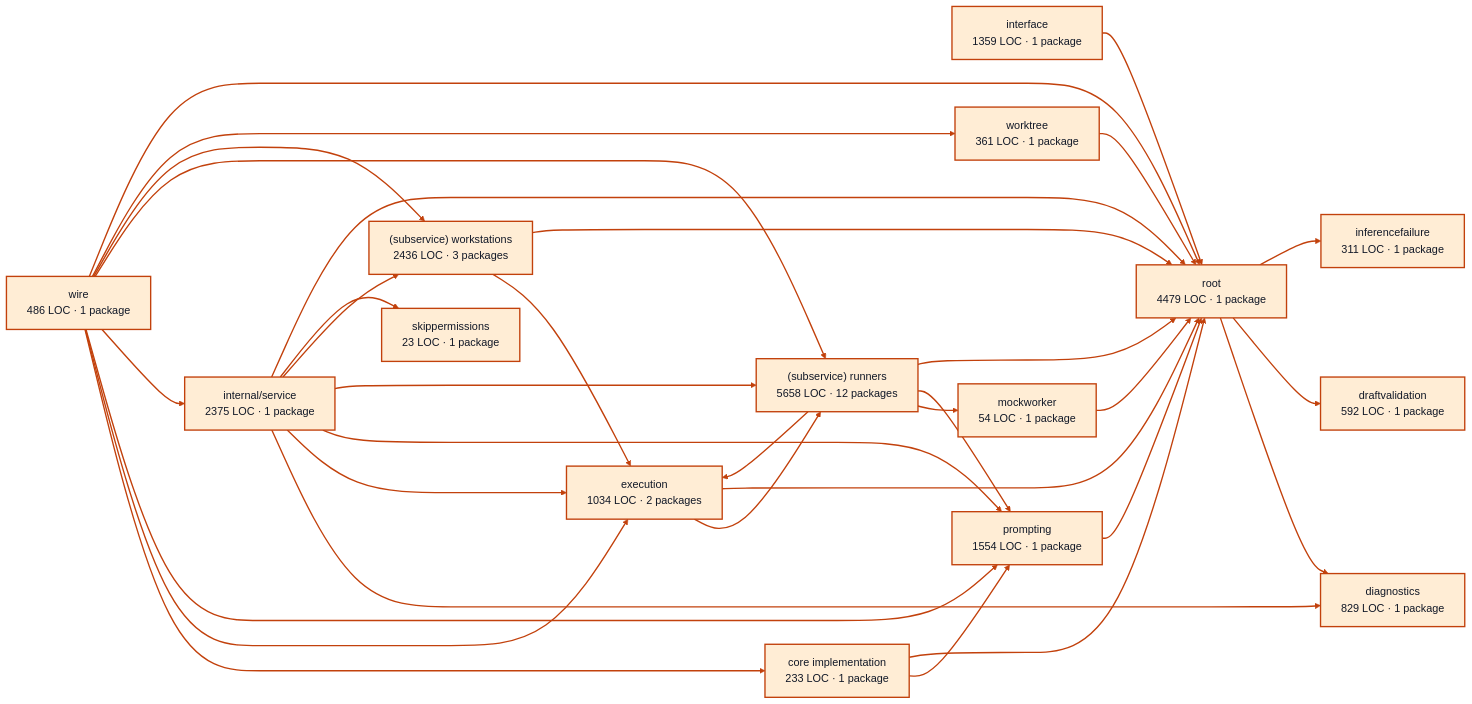
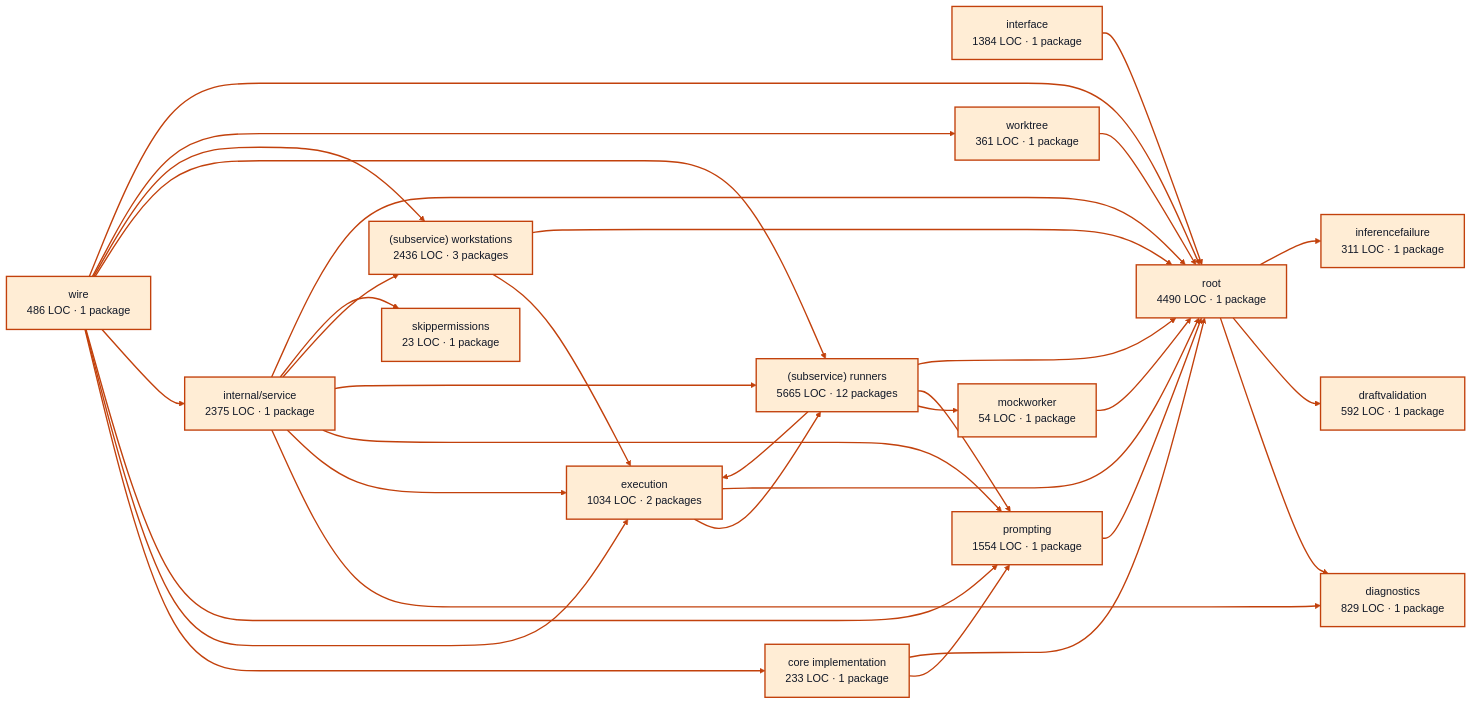
The diagram in docs/architecture/visualizations/services/workers.md (portpowered/you-agent-factory), drawn with Mermaid before and after one commit. The commit also changed other lines of this file and 20 other files, not shown here.

Commit message:
docs: refresh backend architecture visualizations

````diff
--- a/docs/architecture/visualizations/services/workers.md
+++ b/docs/architecture/visualizations/services/workers.md
@@ -11,66 +11,66 @@
 ```mermaid
 flowchart LR
   p0["core implementation<br/>233 LOC · 1 package"]
   p1["diagnostics<br/>829 LOC · 1 package"]
   p2["draftvalidation<br/>592 LOC · 1 package"]
   p3["execution<br/>1034 LOC · 2 packages"]
   p4["inferencefailure<br/>311 LOC · 1 package"]
-  p5["interface<br/>1359 LOC · 1 package"]
+  p5["interface<br/>1384 LOC · 1 package"]
   p6["mockworker<br/>54 LOC · 1 package"]
   p7["prompting<br/>1554 LOC · 1 package"]
   p8["internal/service<br/>2375 LOC · 1 package"]
-  p9["(subservice) runners<br/>5658 LOC · 12 packages"]
+  p9["(subservice) runners<br/>5665 LOC · 12 packages"]
   p10["(subservice) workstations<br/>2436 LOC · 3 packages"]
   p11["skippermissions<br/>23 LOC · 1 package"]
   p12["worktree<br/>361 LOC · 1 package"]
-  p13["root<br/>4479 LOC · 1 package"]
+  p13["root<br/>4490 LOC · 1 package"]
   p14["wire<br/>486 LOC · 1 package"]
   p0 --> p7
   p0 --> p13
   p3 --> p9
   p3 --> p13
   p5 --> p13
   p6 --> p13
   p7 --> p13
   p8 --> p1
   p8 --> p3
   p8 --> p7
   p8 --> p9
   p8 --> p10
   p8 --> p11
   p8 --> p13
   p9 --> p3
   p9 --> p6
   p9 --> p7
   p9 --> p13
   p10 --> p3
   p10 --> p13
   p12 --> p13
   p13 --> p1
   p13 --> p2
   p13 --> p4
   p14 --> p0
   p14 --> p3
   p14 --> p7
   p14 --> p8
   p14 --> p9
   p14 --> p10
   p14 --> p12
   p14 --> p13
   style p0 fill:#ffedd5,stroke:#c2410c,stroke-width:2px,color:#111827
   style p1 fill:#ffedd5,stroke:#c2410c,stroke-width:2px,color:#111827
   style p2 fill:#ffedd5,stroke:#c2410c,stroke-width:2px,color:#111827
   style p3 fill:#ffedd5,stroke:#c2410c,stroke-width:2px,color:#111827
   style p4 fill:#ffedd5,stroke:#c2410c,stroke-width:2px,color:#111827
   style p5 fill:#ffedd5,stroke:#c2410c,stroke-width:2px,color:#111827
   style p6 fill:#ffedd5,stroke:#c2410c,stroke-width:2px,color:#111827
   style p7 fill:#ffedd5,stroke:#c2410c,stroke-width:2px,color:#111827
   style p8 fill:#ffedd5,stroke:#c2410c,stroke-width:2px,color:#111827
   style p9 fill:#ffedd5,stroke:#c2410c,stroke-width:2px,color:#111827
   style p10 fill:#ffedd5,stroke:#c2410c,stroke-width:2px,color:#111827
   style p11 fill:#ffedd5,stroke:#c2410c,stroke-width:2px,color:#111827
   style p12 fill:#ffedd5,stroke:#c2410c,stroke-width:2px,color:#111827
   style p13 fill:#ffedd5,stroke:#c2410c,stroke-width:2px,color:#111827
   style p14 fill:#ffedd5,stroke:#c2410c,stroke-width:2px,color:#111827
   linkStyle default stroke:#c2410c,stroke-width:2px
 ```
````
